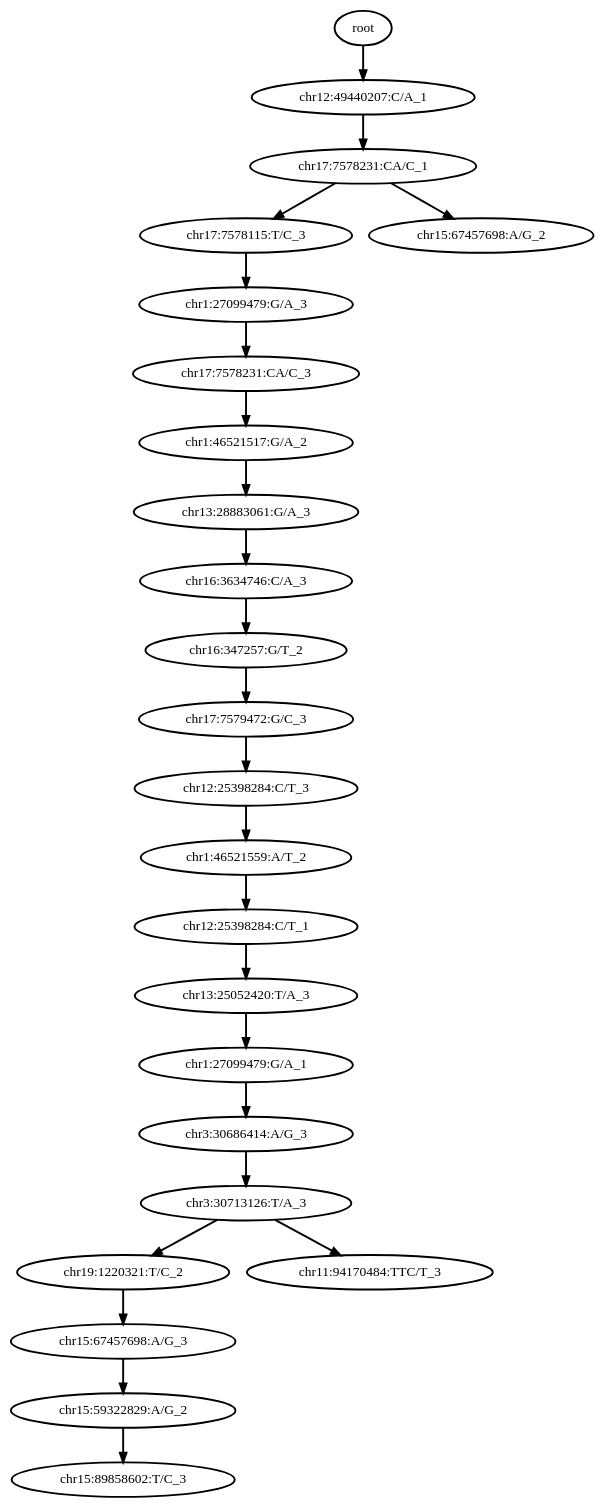
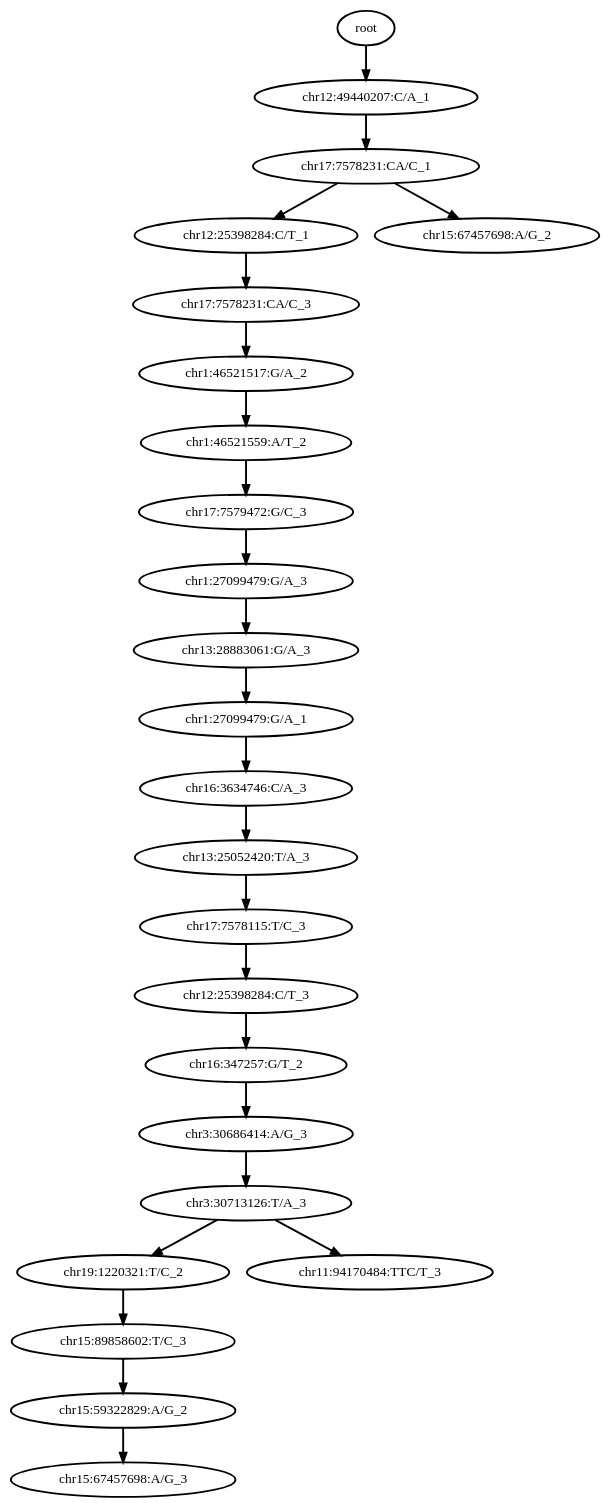
Before and after one commit to haochenz96/Tapestri_main_manuscript_analysis: the diagram in 0_condor_pipeline/condor_outputs/M13/out_tree_without_cells.dot, drawn with Graphviz. The commit also changed 143 other files, not shown here.

```diff
--- a/0_condor_pipeline/condor_outputs/M13/out_tree_without_cells.dot
+++ b/0_condor_pipeline/condor_outputs/M13/out_tree_without_cells.dot
@@ -1,51 +1,51 @@
 digraph N {
 	overlap="false"
 	rankdir="TB"
 	0 [label="root", style="bold"];
 	1 [label="chr12:49440207:C/A_1", style="bold"];
 	2 [label="chr17:7578231:CA/C_1", style="bold"];
-	3 [label="chr17:7578115:T/C_3", style="bold"];
-	4 [label="chr1:27099479:G/A_3", style="bold"];
-	5 [label="chr17:7578231:CA/C_3", style="bold"];
-	6 [label="chr1:46521517:G/A_2", style="bold"];
-	7 [label="chr13:28883061:G/A_3", style="bold"];
-	8 [label="chr16:3634746:C/A_3", style="bold"];
-	9 [label="chr16:347257:G/T_2", style="bold"];
-	10 [label="chr17:7579472:G/C_3", style="bold"];
-	11 [label="chr12:25398284:C/T_3", style="bold"];
-	12 [label="chr1:46521559:A/T_2", style="bold"];
-	13 [label="chr12:25398284:C/T_1", style="bold"];
-	14 [label="chr13:25052420:T/A_3", style="bold"];
-	15 [label="chr1:27099479:G/A_1", style="bold"];
+	3 [label="chr12:25398284:C/T_1", style="bold"];
+	4 [label="chr17:7578231:CA/C_3", style="bold"];
+	5 [label="chr1:46521517:G/A_2", style="bold"];
+	6 [label="chr1:46521559:A/T_2", style="bold"];
+	7 [label="chr17:7579472:G/C_3", style="bold"];
+	8 [label="chr1:27099479:G/A_3", style="bold"];
+	9 [label="chr13:28883061:G/A_3", style="bold"];
+	10 [label="chr1:27099479:G/A_1", style="bold"];
+	11 [label="chr16:3634746:C/A_3", style="bold"];
+	12 [label="chr13:25052420:T/A_3", style="bold"];
+	13 [label="chr17:7578115:T/C_3", style="bold"];
+	14 [label="chr12:25398284:C/T_3", style="bold"];
+	15 [label="chr16:347257:G/T_2", style="bold"];
 	16 [label="chr3:30686414:A/G_3", style="bold"];
 	17 [label="chr3:30713126:T/A_3", style="bold"];
 	18 [label="chr19:1220321:T/C_2", style="bold"];
-	19 [label="chr15:67457698:A/G_3", style="bold"];
+	19 [label="chr15:89858602:T/C_3", style="bold"];
 	20 [label="chr15:59322829:A/G_2", style="bold"];
-	21 [label="chr15:89858602:T/C_3", style="bold"];
+	21 [label="chr15:67457698:A/G_3", style="bold"];
 	22 [label="chr11:94170484:TTC/T_3", style="bold"];
 	23 [label="chr15:67457698:A/G_2", style="bold"];
 	0 -> 1 [style="bold"];
 	1 -> 2 [style="bold"];
 	2 -> 3 [style="bold"];
 	2 -> 23 [style="bold"];
 	3 -> 4 [style="bold"];
 	4 -> 5 [style="bold"];
 	5 -> 6 [style="bold"];
 	6 -> 7 [style="bold"];
 	7 -> 8 [style="bold"];
 	8 -> 9 [style="bold"];
 	9 -> 10 [style="bold"];
 	10 -> 11 [style="bold"];
 	11 -> 12 [style="bold"];
 	12 -> 13 [style="bold"];
 	13 -> 14 [style="bold"];
 	14 -> 15 [style="bold"];
 	15 -> 16 [style="bold"];
 	16 -> 17 [style="bold"];
 	17 -> 18 [style="bold"];
 	17 -> 22 [style="bold"];
 	18 -> 19 [style="bold"];
 	19 -> 20 [style="bold"];
 	20 -> 21 [style="bold"];
 }
```
